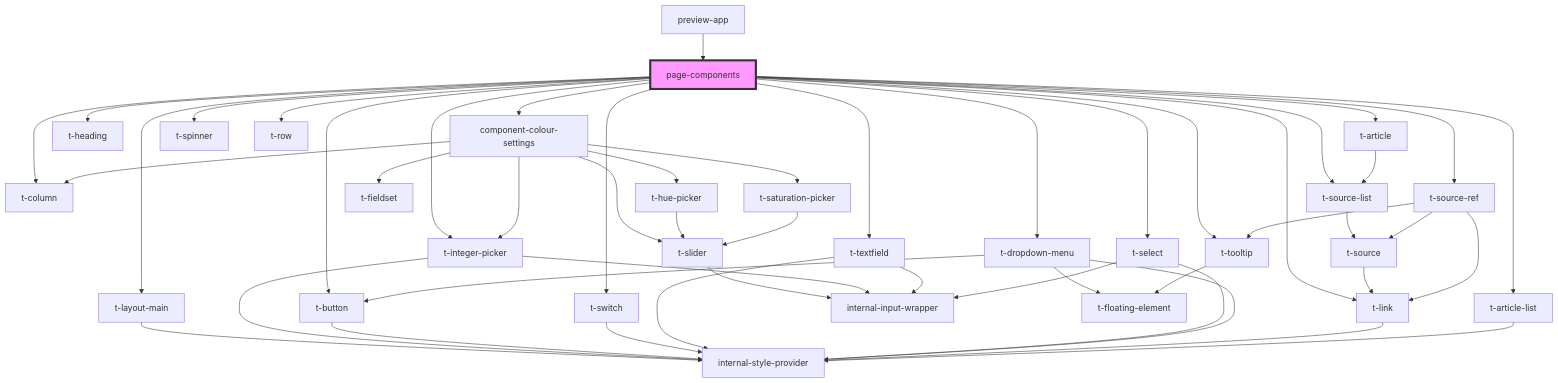
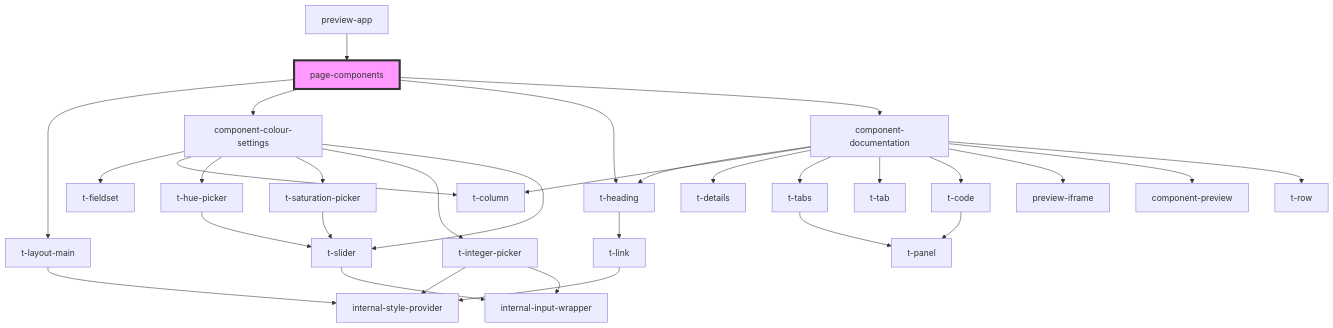
Before and after one commit to TomasEng/web-components: the diagram in packages/t-web-components/src/preview-app/page-components/readme.md, drawn with Mermaid. The commit also changed other lines of this file and 27 other files, not shown here.

````diff
--- a/packages/t-web-components/src/preview-app/page-components/readme.md
+++ b/packages/t-web-components/src/preview-app/page-components/readme.md
@@ -50,53 +36,34 @@
 ```mermaid
 graph TD;
   page-components --> t-layout-main
   page-components --> component-colour-settings
   page-components --> t-heading
-  page-components --> t-button
-  page-components --> t-column
-  page-components --> t-switch
-  page-components --> t-integer-picker
-  page-components --> t-textfield
-  page-components --> t-select
-  page-components --> t-dropdown-menu
-  page-components --> t-link
-  page-components --> t-source-list
-  page-components --> t-article
-  page-components --> t-source-ref
-  page-components --> t-article-list
-  page-components --> t-spinner
-  page-components --> t-tooltip
-  page-components --> t-row
+  page-components --> component-documentation
   t-layout-main --> internal-style-provider
   component-colour-settings --> t-fieldset
   component-colour-settings --> t-column
   component-colour-settings --> t-hue-picker
   component-colour-settings --> t-saturation-picker
   component-colour-settings --> t-integer-picker
   component-colour-settings --> t-slider
   t-hue-picker --> t-slider
   t-slider --> internal-input-wrapper
   t-saturation-picker --> t-slider
   t-integer-picker --> internal-style-provider
   t-integer-picker --> internal-input-wrapper
-  t-button --> internal-style-provider
-  t-switch --> internal-style-provider
-  t-textfield --> internal-style-provider
-  t-textfield --> internal-input-wrapper
-  t-select --> internal-style-provider
-  t-select --> internal-input-wrapper
-  t-dropdown-menu --> internal-style-provider
-  t-dropdown-menu --> t-floating-element
-  t-dropdown-menu --> t-button
+  t-heading --> t-link
   t-link --> internal-style-provider
-  t-source-list --> t-source
-  t-source --> t-link
-  t-article --> t-source-list
-  t-source-ref --> t-tooltip
-  t-source-ref --> t-link
-  t-source-ref --> t-source
-  t-tooltip --> t-floating-element
-  t-article-list --> internal-style-provider
+  component-documentation --> t-heading
+  component-documentation --> t-column
+  component-documentation --> t-details
+  component-documentation --> t-tabs
+  component-documentation --> t-tab
+  component-documentation --> t-code
+  component-documentation --> preview-iframe
+  component-documentation --> component-preview
+  component-documentation --> t-row
+  t-tabs --> t-panel
+  t-code --> t-panel
   preview-app --> page-components
   style page-components fill:#f9f,stroke:#333,stroke-width:4px
 ```
````
